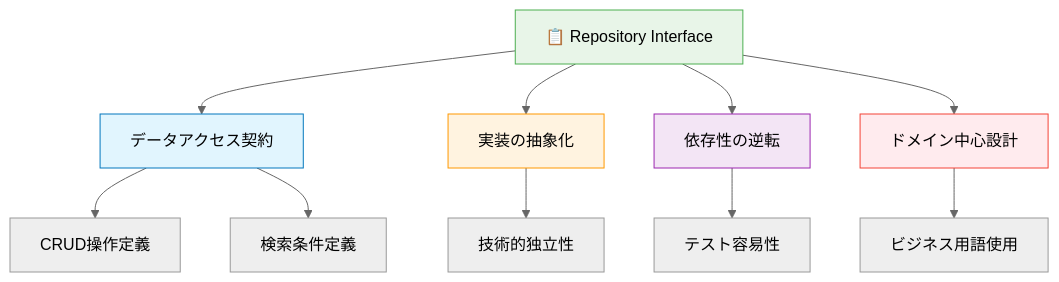
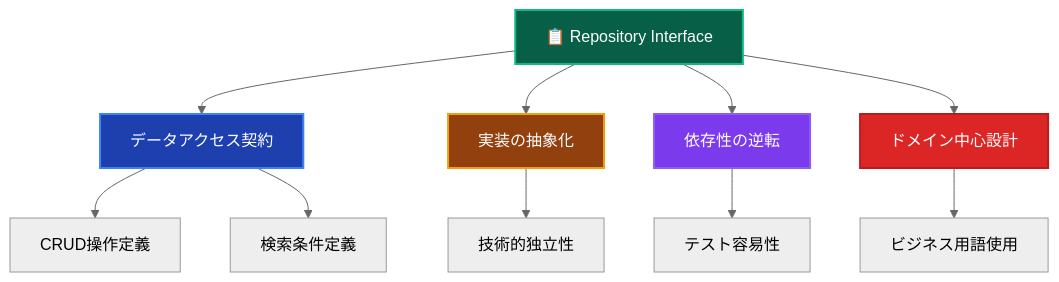
The first of 2 diagrams in _DOCS/guides/ddd/layers/components/repository-interfaces.md (derushio/d-next-ddd-example), drawn with Mermaid (neutral theme) before and after one commit. The commit also changed other lines of this file and 31 other files, not shown here.

Commit message:
🎨: DOCSのMermaid図表カラーテーマを暗色に統一し視認性を向上

````diff
--- a/_DOCS/guides/ddd/layers/components/repository-interfaces.md
+++ b/_DOCS/guides/ddd/layers/components/repository-interfaces.md
@@ -13,19 +13,19 @@
 ```mermaid
 graph TD
     REPO_IF[📋 Repository Interface] --> CONTRACT[データアクセス契約]
     REPO_IF --> ABSTRACTION[実装の抽象化]
     REPO_IF --> DEPENDENCY_INVERSION[依存性の逆転]
     REPO_IF --> DOMAIN_FOCUS[ドメイン中心設計]
     
     CONTRACT --> CRUD[CRUD操作定義]
     CONTRACT --> QUERY[検索条件定義]
     ABSTRACTION --> TECH_INDEPENDENCE[技術的独立性]
     DEPENDENCY_INVERSION --> TESTABILITY[テスト容易性]
     DOMAIN_FOCUS --> BUSINESS_LANGUAGE[ビジネス用語使用]
     
-    style REPO_IF fill:#e8f5e8,stroke:#4caf50
-    style CONTRACT fill:#e1f5fe,stroke:#0277bd
-    style ABSTRACTION fill:#fff3e0,stroke:#ff9800
-    style DEPENDENCY_INVERSION fill:#f3e5f5,stroke:#9c27b0
-    style DOMAIN_FOCUS fill:#ffebee,stroke:#f44336
+    style REPO_IF fill:#065f46,stroke:#10b981,stroke-width:2px,color:#ffffff
+    style CONTRACT fill:#1e40af,stroke:#3b82f6,stroke-width:2px,color:#ffffff
+    style ABSTRACTION fill:#92400e,stroke:#f59e0b,stroke-width:2px,color:#ffffff
+    style DEPENDENCY_INVERSION fill:#7c3aed,stroke:#8b5cf6,stroke-width:2px,color:#ffffff
+    style DOMAIN_FOCUS fill:#dc2626,stroke:#b91c1c,stroke-width:2px,color:#ffffff
 ```
````
